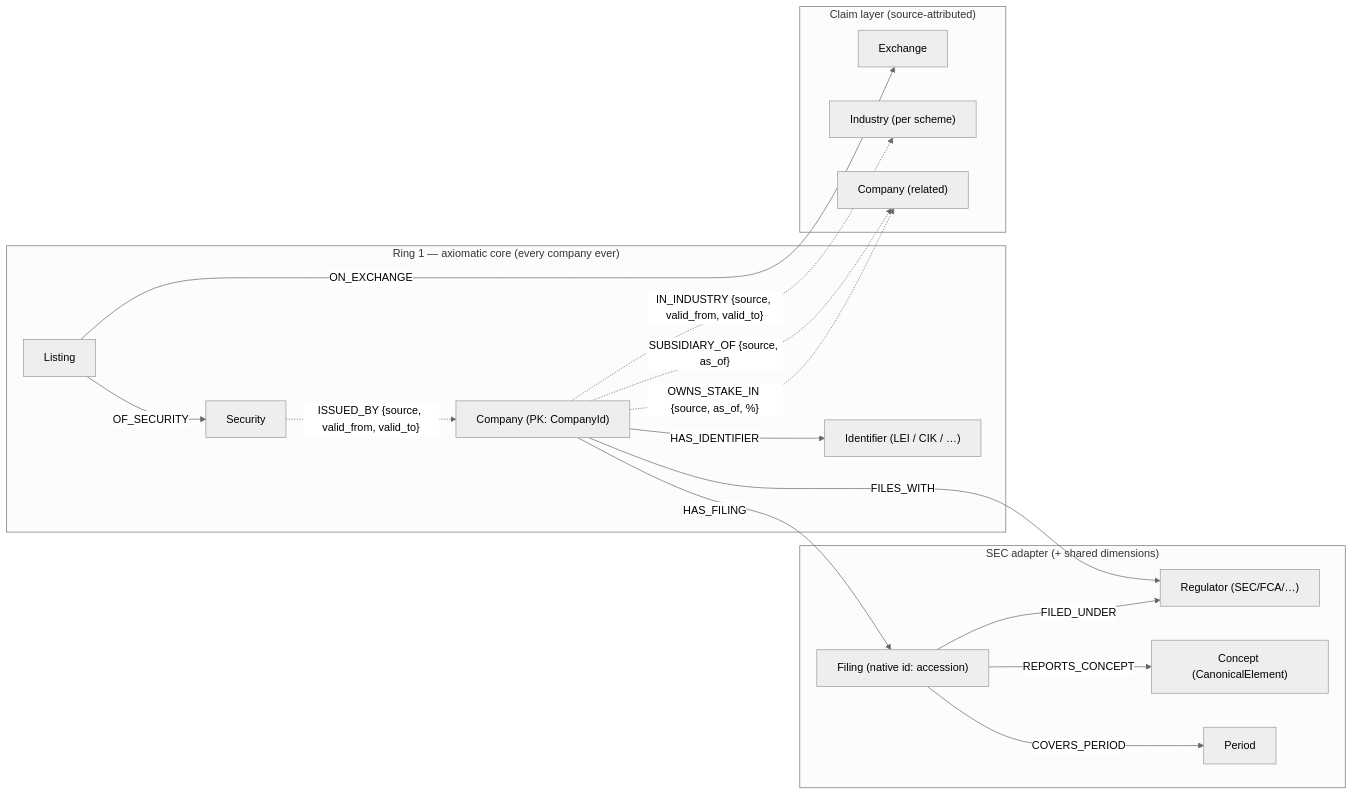
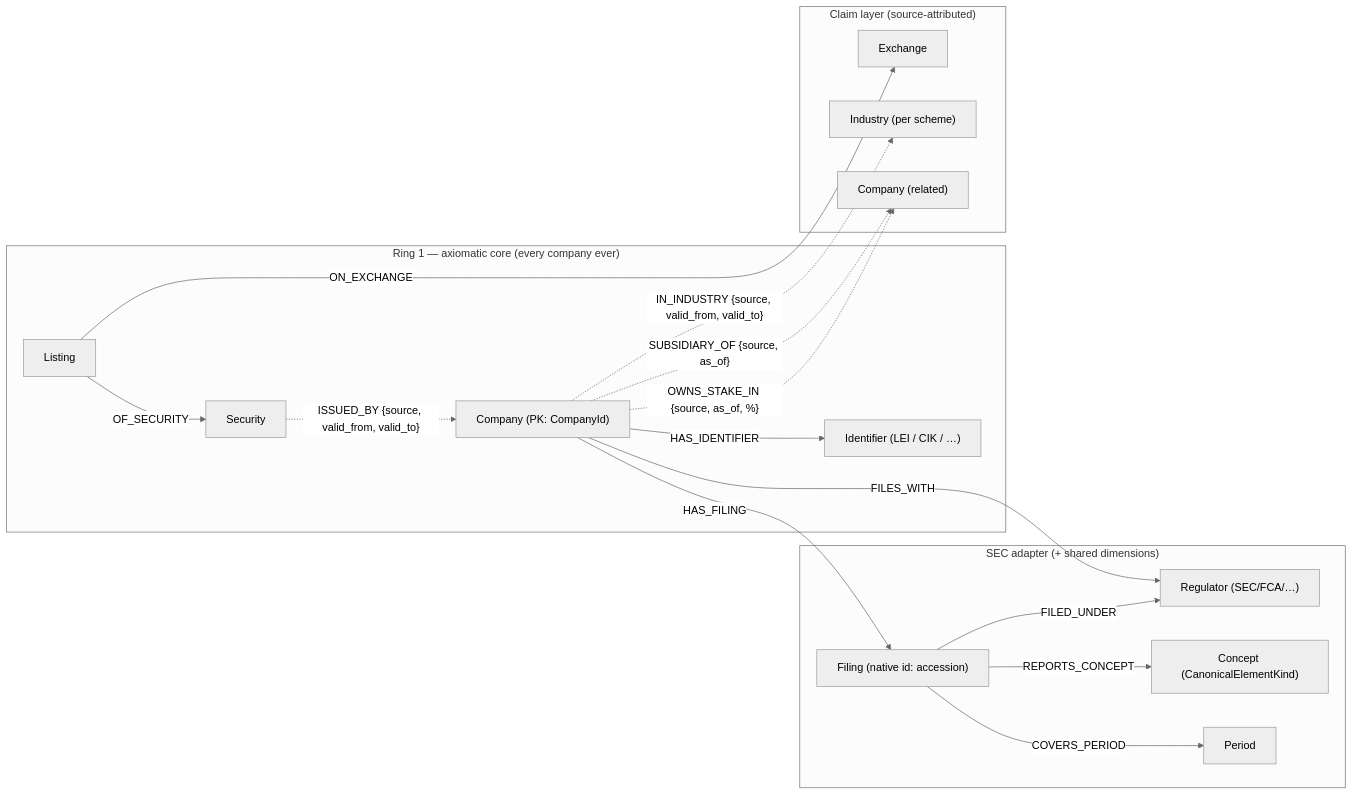
One commit to ironcapitaleu/arkad changed the second of 4 diagrams in sec/design/data_model/hybrid_data_model.md. Above: the diagram before and after it, drawn with Mermaid (neutral theme). The commit also changed other lines of this file and 35 other files, not shown here.

````diff
--- a/sec/design/data_model/hybrid_data_model.md
+++ b/sec/design/data_model/hybrid_data_model.md
@@ -313,32 +312,32 @@
 ```mermaid
 graph LR
   subgraph CoreAx["Ring 1 — axiomatic core (every company ever)"]
     C["Company (PK: CompanyId)"]
     ID["Identifier (LEI / CIK / …)"]
     S["Security"]
     L["Listing"]
   end
   subgraph Adapter["SEC adapter (+ shared dimensions)"]
     R["Regulator (SEC/FCA/…)"]
     F["Filing (native id: accession)"]
-    K["Concept (CanonicalElement)"]
+    K["Concept (CanonicalElementKind)"]
     P["Period"]
   end
   subgraph Claims["Claim layer (source-attributed)"]
     E["Exchange"]
     I["Industry (per scheme)"]
     C2["Company (related)"]
   end
   C -- HAS_IDENTIFIER --> ID
   C -- HAS_FILING --> F
   C -- FILES_WITH --> R
   F -- FILED_UNDER --> R
   F -- COVERS_PERIOD --> P
   F -- REPORTS_CONCEPT --> K
   S -. "ISSUED_BY {source, valid_from, valid_to}" .-> C
   L -- OF_SECURITY --> S
   L -- ON_EXCHANGE --> E
   C -. "IN_INDUSTRY {source, valid_from, valid_to}" .-> I
   C -. "SUBSIDIARY_OF {source, as_of}" .-> C2
   C -. "OWNS_STAKE_IN {source, as_of, %}" .-> C2
 ```
````
